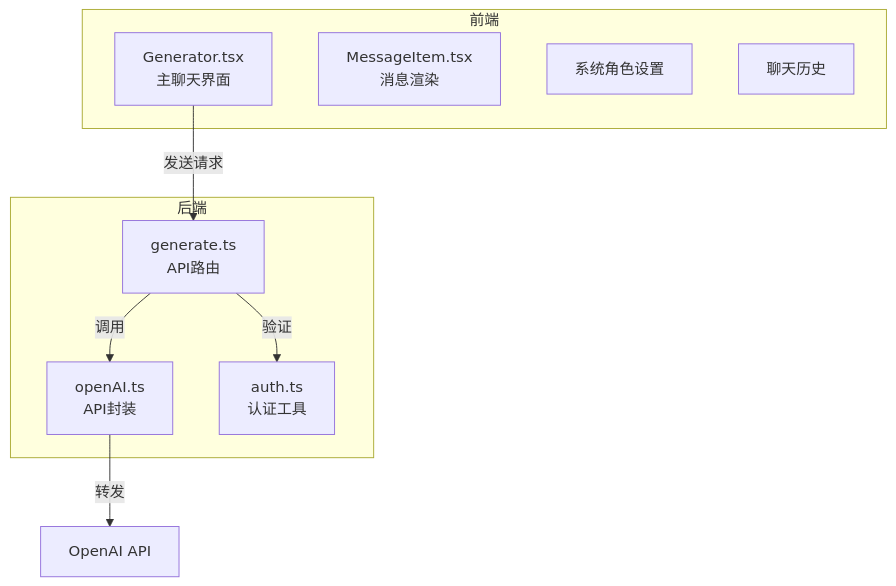
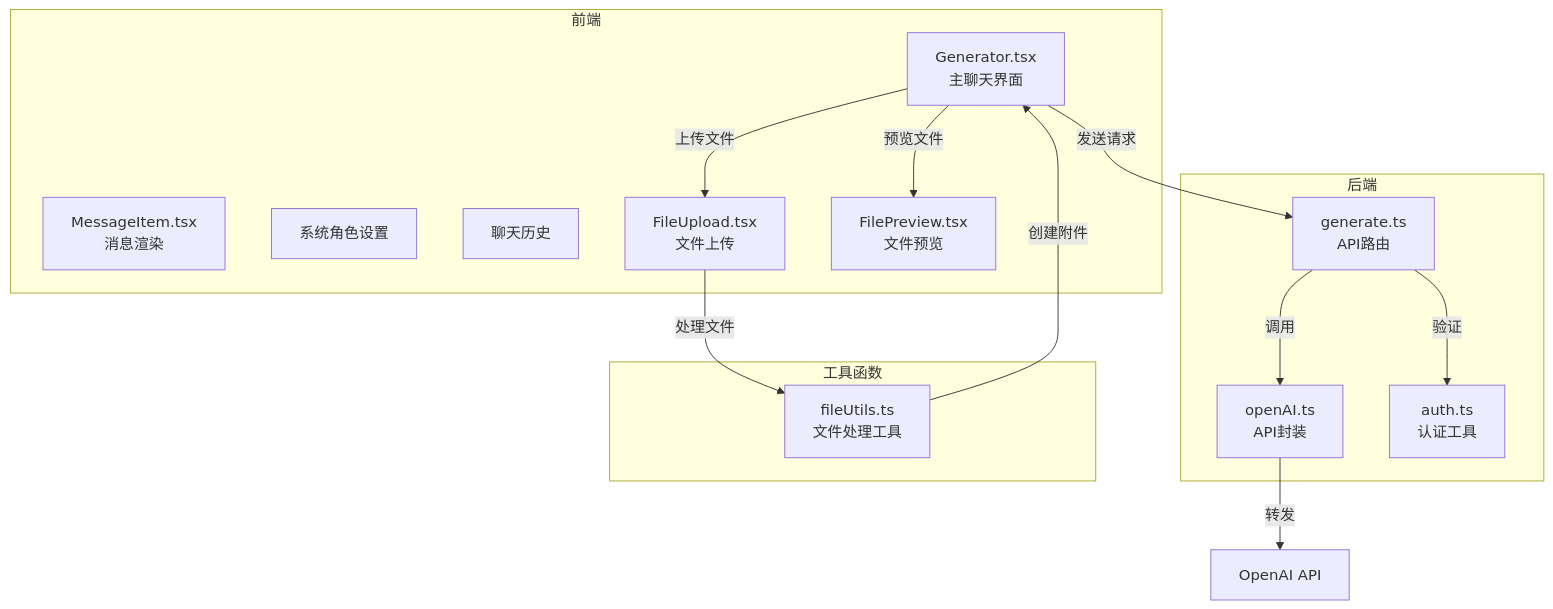
The first of 6 diagrams in .qoder/repowiki/zh/content/核心功能详解/聊天交互功能.md (zfyime/chat-mini), drawn with Mermaid before and after one commit. The commit also changed other lines of this file and 8 other files, not shown here.

````diff
--- a/.qoder/repowiki/zh/content/核心功能详解/聊天交互功能.md
+++ b/.qoder/repowiki/zh/content/核心功能详解/聊天交互功能.md
@@ -26,18 +38,27 @@
 ```mermaid
 graph TB
 subgraph "前端"
 Generator[Generator.tsx<br>主聊天界面]
 MessageItem[MessageItem.tsx<br>消息渲染]
 SystemRoleSettings[系统角色设置]
 ChatHistory[聊天历史]
+FileUpload[FileUpload.tsx<br>文件上传]
+FilePreview[FilePreview.tsx<br>文件预览]
 end
 subgraph "后端"
 generate[generate.ts<br>API路由]
 openAI[openAI.ts<br>API封装]
 auth[auth.ts<br>认证工具]
 end
+subgraph "工具函数"
+fileUtils[fileUtils.ts<br>文件处理工具]
+end
 Generator --> |发送请求| generate
 generate --> |调用| openAI
 generate --> |验证| auth
 openAI --> |转发| OpenAI[OpenAI API]
+Generator --> |上传文件| FileUpload
+FileUpload --> |处理文件| fileUtils
+fileUtils --> |创建附件| Generator
+Generator --> |预览文件| FilePreview
 ```
````
